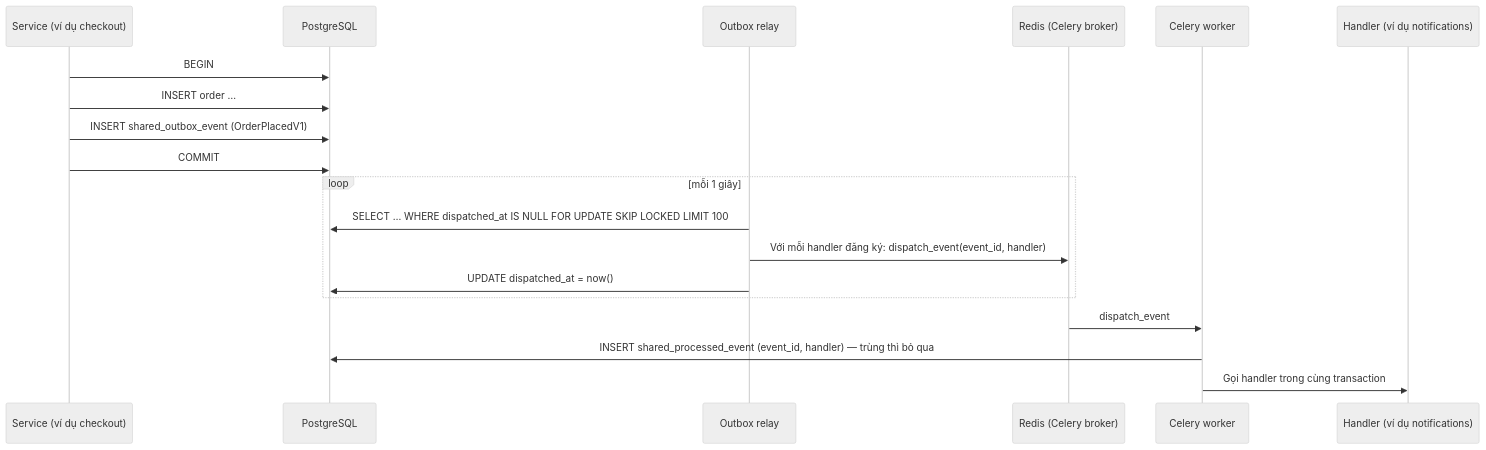
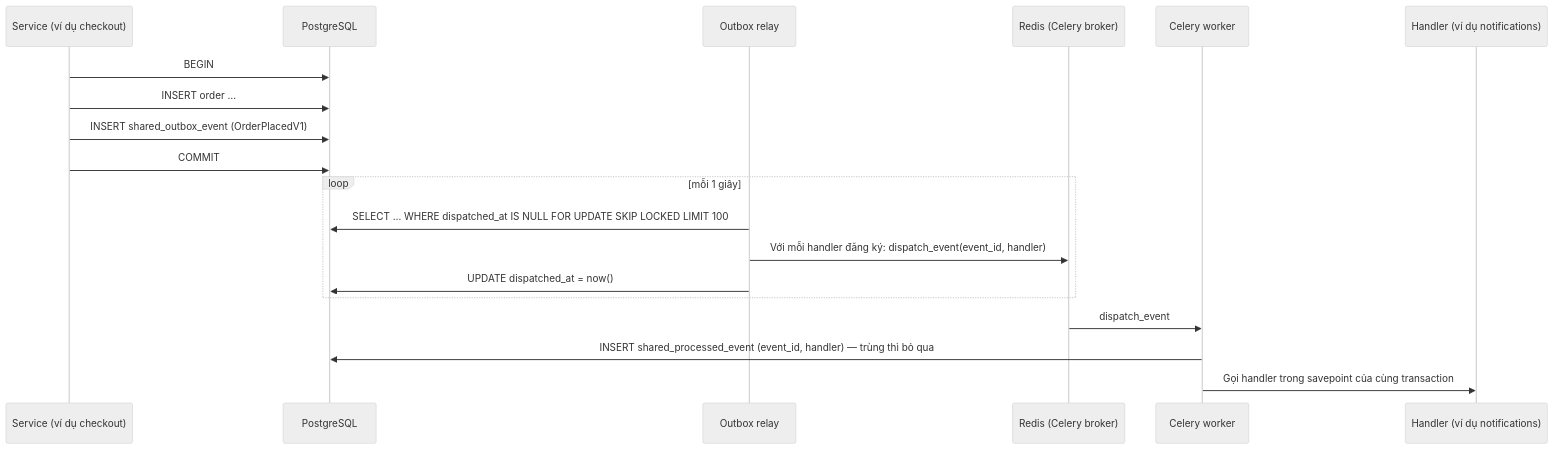
The diagram in docs/architecture/07-async-events-jobs.md (LuongCongThanh/boilerplate-ecommerce-next-16), drawn with Mermaid (neutral theme) before and after one commit. The commit also changed other lines of this file and 7 other files, not shown here.

````diff
--- a/docs/architecture/07-async-events-jobs.md
+++ b/docs/architecture/07-async-events-jobs.md
@@ -7,22 +7,22 @@
 ```mermaid
 sequenceDiagram
     participant S as Service (ví dụ checkout)
     participant DB as PostgreSQL
     participant RL as Outbox relay
     participant RD as Redis (Celery broker)
     participant W as Celery worker
     participant H as Handler (ví dụ notifications)
 
     S->>DB: BEGIN
     S->>DB: INSERT order …
     S->>DB: INSERT shared_outbox_event (OrderPlacedV1)
     S->>DB: COMMIT
     loop mỗi 1 giây
         RL->>DB: SELECT … WHERE dispatched_at IS NULL FOR UPDATE SKIP LOCKED LIMIT 100
         RL->>RD: Với mỗi handler đăng ký: dispatch_event(event_id, handler)
         RL->>DB: UPDATE dispatched_at = now()
     end
     RD->>W: dispatch_event
     W->>DB: INSERT shared_processed_event (event_id, handler) — trùng thì bỏ qua
-    W->>H: Gọi handler trong cùng transaction
+    W->>H: Gọi handler trong savepoint của cùng transaction
 ```
````
